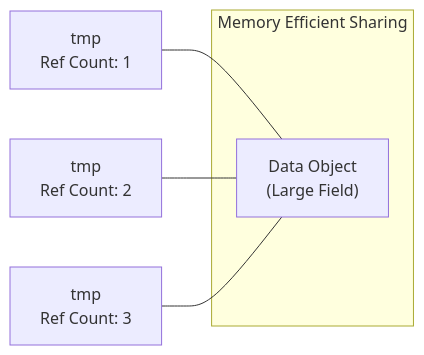
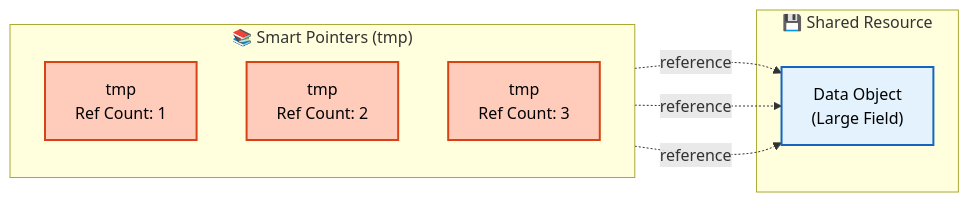
Before and after one commit to wramet/build-my-cfd: the second of 2 diagrams in MODULE_05_OPENFOAM_PROGRAMMING/CONTENT/01_FOUNDATION_PRIMITIVES/04_Smart_Pointers.md, drawn with Mermaid. The commit also changed other lines of this file and 313 other files, not shown here.

Commit message:
Revise all diagram

````diff
--- a/MODULE_05_OPENFOAM_PROGRAMMING/CONTENT/01_FOUNDATION_PRIMITIVES/04_Smart_Pointers.md
+++ b/MODULE_05_OPENFOAM_PROGRAMMING/CONTENT/01_FOUNDATION_PRIMITIVES/04_Smart_Pointers.md
@@ -48,10 +47,19 @@
 ```mermaid
 graph LR
-    T1["tmp<br/>Ref Count: 1"] --- Obj["Data Object<br/>(Large Field)"]
-    T2["tmp<br/>Ref Count: 2"] --- Obj
-    T3["tmp<br/>Ref Count: 3"] --- Obj
+%% Classes
+classDef explicit fill:#ffccbc,stroke:#d84315,stroke-width:2px,color:#000
+classDef implicit fill:#e3f2fd,stroke:#1565c0,stroke-width:2px,color:#000
 
-    subgraph "Memory Efficient Sharing"
-    Obj
-    end
+subgraph References["📚 Smart Pointers (tmp)"]
+    direction TB
+    T1["tmp<br/>Ref Count: 1"]:::explicit
+    T2["tmp<br/>Ref Count: 2"]:::explicit
+    T3["tmp<br/>Ref Count: 3"]:::explicit
+end
+
+subgraph Shared["💾 Shared Resource"]
+    Obj["Data Object<br/>(Large Field)"]:::implicit
+end
+
+T1 & T2 & T3 -.->|reference| Obj
 ```
````
